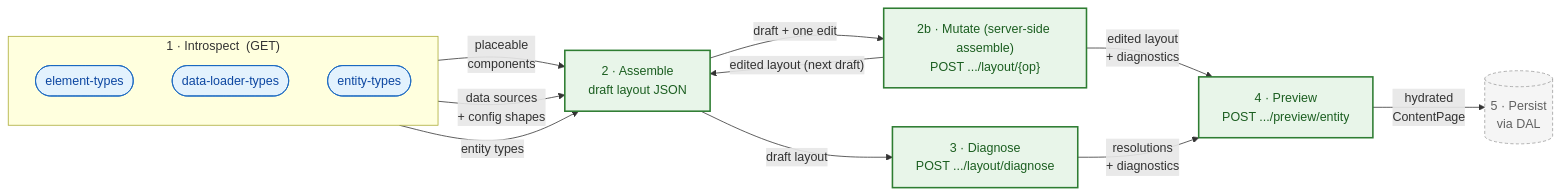
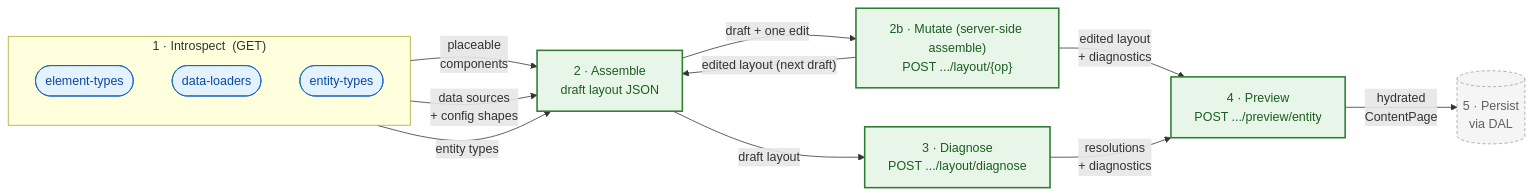
The diagram in src/Core/Framework/ContentSystem/ADMINISTRATION.md (shopware/shopware), drawn with Mermaid before and after one commit. The commit also changed other lines of this file and 73 other files, not shown here.

````diff
--- a/src/Core/Framework/ContentSystem/ADMINISTRATION.md
+++ b/src/Core/Framework/ContentSystem/ADMINISTRATION.md
@@ -9,32 +9,32 @@
 ```mermaid
 graph LR
     subgraph INTRO["1 · Introspect &nbsp;(GET)"]
         direction TB
         E1(["element-types"])
-        E2(["data-loader-types"])
+        E2(["data-loaders"])
         E3(["entity-types"])
     end
 
     A["2 · Assemble<br/>draft layout JSON"]
     M["2b · Mutate (server-side assemble)<br/>POST .../layout/{op}"]
     D["3 · Diagnose<br/>POST .../layout/diagnose"]
     P["4 · Preview<br/>POST .../preview/entity"]
     R[("5 · Persist<br/>via DAL")]
 
     E1 -- "placeable<br/>components" --> A
     E2 -- "data sources<br/>+ config shapes" --> A
     E3 -- "entity types" --> A
     A -- "draft layout" --> D
     A -- "draft + one edit" --> M
     M -- "edited layout (next draft)" --> A
     M -- "edited layout<br/>+ diagnostics" --> P
     D -- "resolutions<br/>+ diagnostics" --> P
     P -- "hydrated<br/>ContentPage" --> R
 
     classDef api fill:#e3f2fd,stroke:#1565c0,stroke-width:1px,color:#0d47a1
     classDef step fill:#e8f5e9,stroke:#2e7d32,stroke-width:2px,color:#1b5e20
     classDef oos fill:#f5f5f5,stroke:#9e9e9e,stroke-width:1px,stroke-dasharray:4 3,color:#616161
     class E1,E2,E3 api
     class A,M,D,P step
     class R oos
 ```
````
